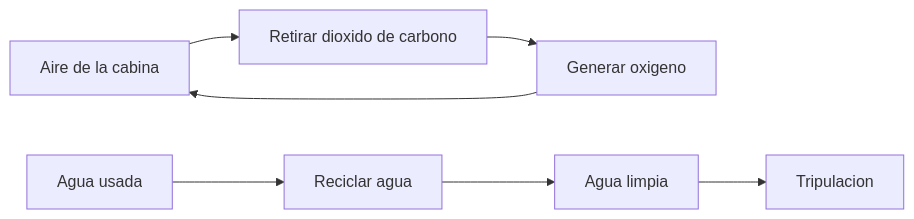
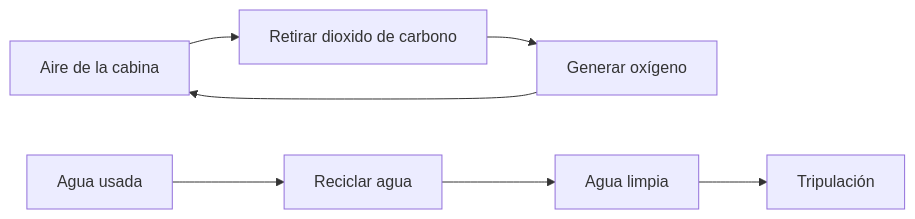
Before and after one commit to vladimiracunadev-create/machine-operator-program: the third of 4 diagrams in vehiculos/estacion-espacial/operacion/sistemas-mecanicos-estacion-espacial.md, drawn with Mermaid. The commit also changed other lines of this file and 442 other files, not shown here.

````diff
--- a/vehiculos/estacion-espacial/operacion/sistemas-mecanicos-estacion-espacial.md
+++ b/vehiculos/estacion-espacial/operacion/sistemas-mecanicos-estacion-espacial.md
@@ -77,9 +77,9 @@
 ```mermaid
 flowchart LR
     Aire[Aire de la cabina] --> CO2[Retirar dioxido de carbono]
-    CO2 --> Oxigeno[Generar oxigeno]
+    CO2 --> Oxigeno[Generar oxígeno]
     Oxigeno --> Aire
     Agua[Agua usada] --> Recicla[Reciclar agua]
     Recicla --> Limpia[Agua limpia]
-    Limpia --> Tripulacion[Tripulacion]
+    Limpia --> Tripulacion[Tripulación]
 ```
````
